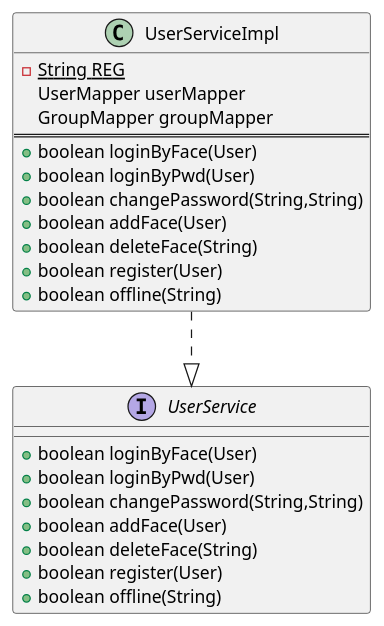
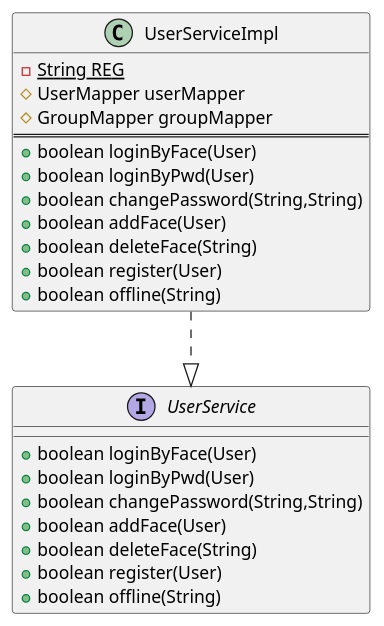
The diagram in uml/ServerUserServiceClassUML.puml (Guo-Chenxu/chatroom), drawn with PlantUML before and after one commit. The commit also changed 16 other files, not shown here.

Commit message:
fix: 完善部分类图 & 增加用户头像

```diff
--- a/uml/ServerUserServiceClassUML.puml
+++ b/uml/ServerUserServiceClassUML.puml
@@ -1,33 +1,33 @@
 @startuml
 'https://plantuml.com/class-diagram
 
 
 
 interface UserService{
 
 +boolean loginByFace(User)
 +boolean loginByPwd(User)
 +boolean changePassword(String,String)
 +boolean addFace(User)
 +boolean deleteFace(String)
 +boolean register(User)
 +boolean offline(String)
 
 }
 
 class UserServiceImpl {
 -{static}String REG
-UserMapper userMapper
-GroupMapper groupMapper
+#UserMapper userMapper
+#GroupMapper groupMapper
 ==
 +boolean loginByFace(User)
 +boolean loginByPwd(User)
 +boolean changePassword(String,String)
 +boolean addFace(User)
 +boolean deleteFace(String)
 +boolean register(User)
 +boolean offline(String)
 }
 
 UserServiceImpl ..|> UserService
 @enduml
```
